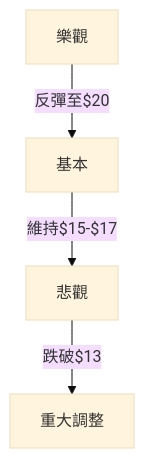
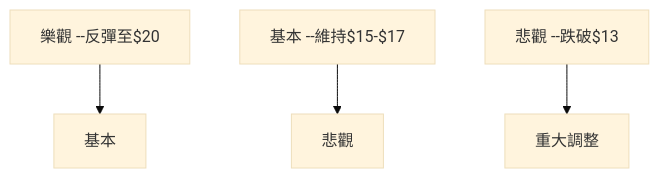
Before and after one commit to yennanliu/finance_data: diagram 11 of 11 in ai_gen_report/stock/sofi/technical_analysis_2026-03-28_openai.md, drawn with Mermaid (base theme). The commit also changed other lines of this file and 2258 other files, not shown here.

First line of the commit message:
chore: backfill Mermaid syntax repair across existing reports

````diff
--- a/ai_gen_report/stock/sofi/technical_analysis_2026-03-28_openai.md
+++ b/ai_gen_report/stock/sofi/technical_analysis_2026-03-28_openai.md
@@ -381,6 +381,6 @@
 ```mermaid
 graph TD
-    樂觀 --反彈至$20--> 基本
-    基本 --維持$15-$17--> 悲觀
-    悲觀 --跌破$13--> 重大調整
+    nb1["樂觀 --反彈至$20"] --> 基本
+    nb2["基本 --維持$15-$17"] --> 悲觀
+    nb3["悲觀 --跌破$13"] --> 重大調整
 ```
````
